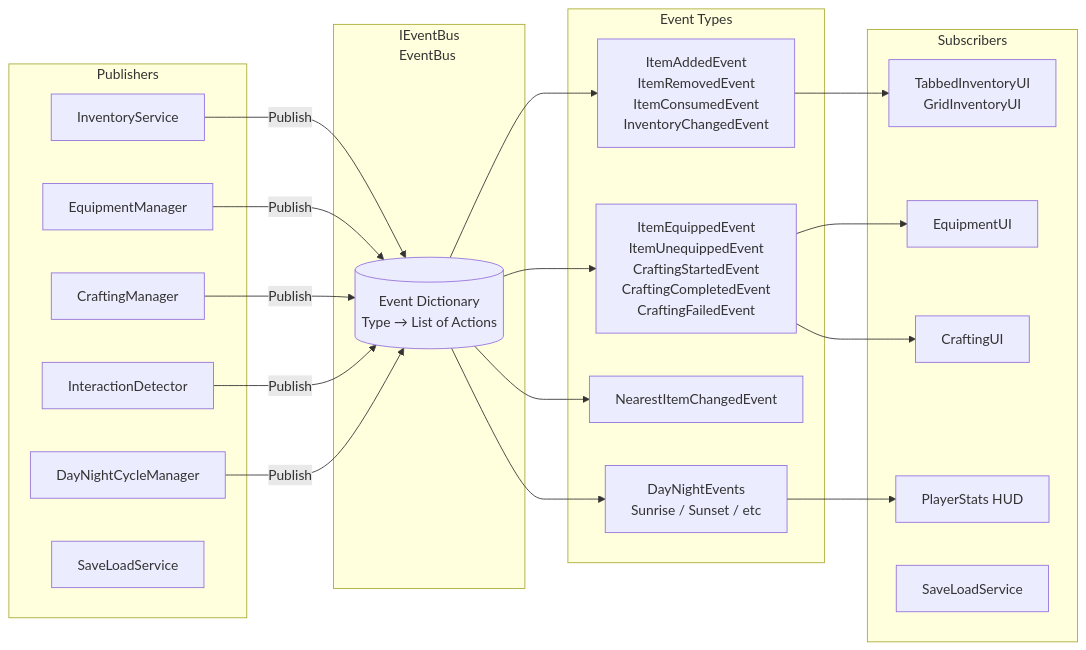
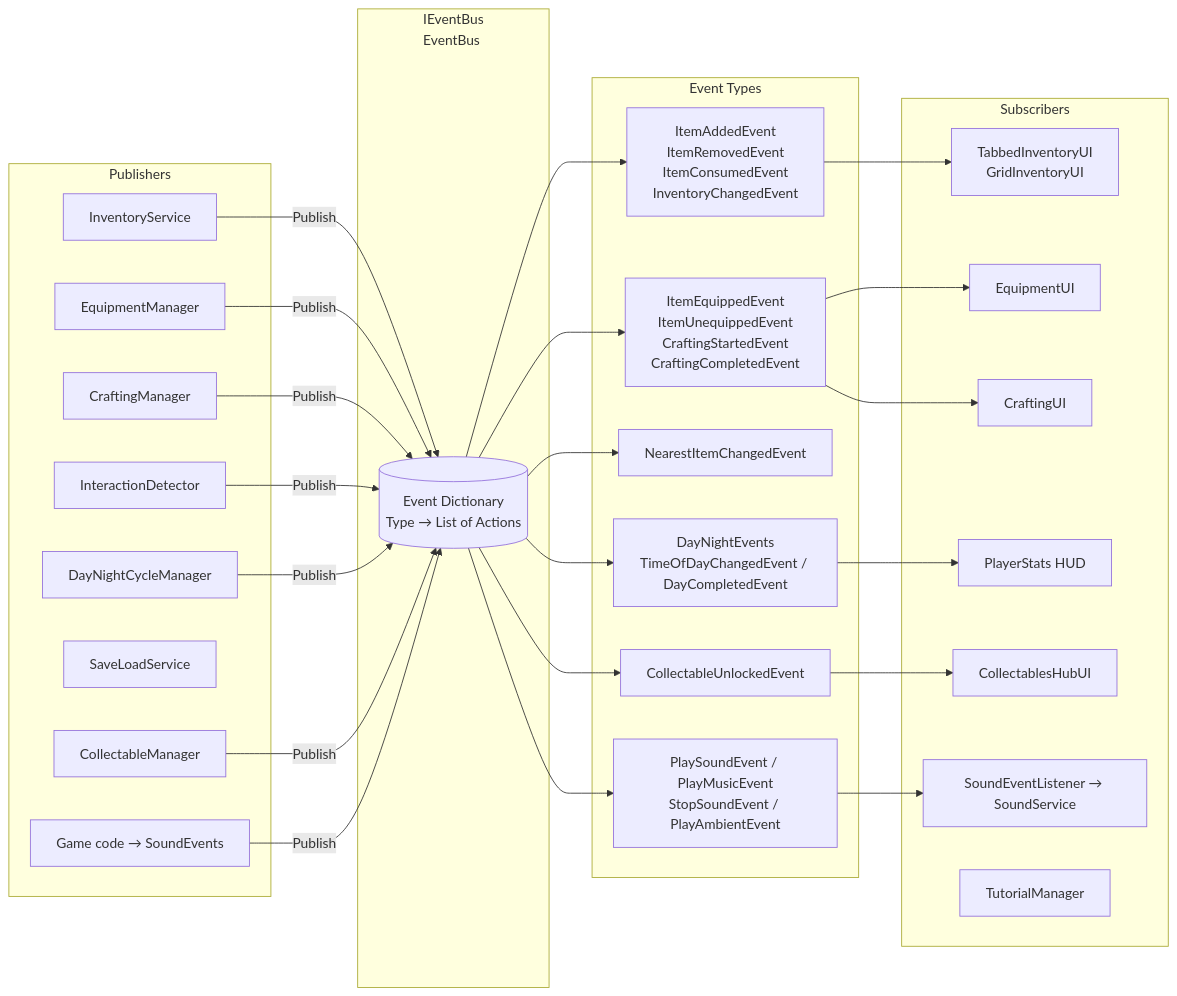
Before and after one commit to DontBeknown/so-PEAK: diagram 14 of 20 in CODEBASE_MERMAID_DIAGRAMS.md, drawn with Mermaid. The commit also changed other lines of this file and 22 other files, not shown here.

````diff
--- a/CODEBASE_MERMAID_DIAGRAMS.md
+++ b/CODEBASE_MERMAID_DIAGRAMS.md
@@ -742,46 +754,58 @@
 ```mermaid
 graph LR
     subgraph Publishers["Publishers"]
         InvSvc[InventoryService]
         EquipMgr[EquipmentManager]
         CraftMgr[CraftingManager]
         Detector[InteractionDetector]
         DayNight[DayNightCycleManager]
         SaveSvc[SaveLoadService]
+        CollectMgr[CollectableManager]
+        SoundEvts[Game code → SoundEvents]
     end
 
     subgraph EventBus["IEventBus\nEventBus"]
         Bus[(Event Dictionary\nType → List of Actions)]
     end
 
     subgraph Events["Event Types"]
         IE[ItemAddedEvent\nItemRemovedEvent\nItemConsumedEvent\nInventoryChangedEvent]
-        GE[ItemEquippedEvent\nItemUnequippedEvent\nCraftingStartedEvent\nCraftingCompletedEvent\nCraftingFailedEvent]
+        GE[ItemEquippedEvent\nItemUnequippedEvent\nCraftingStartedEvent\nCraftingCompletedEvent]
         DE[NearestItemChangedEvent]
-        DNE[DayNightEvents\nSunrise / Sunset / etc]
+        DNE[DayNightEvents\nTimeOfDayChangedEvent / DayCompletedEvent]
+        CE[CollectableUnlockedEvent]
+        SE[PlaySoundEvent / PlayMusicEvent\nStopSoundEvent / PlayAmbientEvent]
     end
 
     subgraph Subscribers["Subscribers"]
         InvUI[TabbedInventoryUI\nGridInventoryUI]
         EquipUI[EquipmentUI]
         CraftUI[CraftingUI]
         StatsUI[PlayerStats HUD]
-        SaveSystem[SaveLoadService]
+        CollectUI[CollectablesHubUI]
+        SoundListener[SoundEventListener → SoundService]
+        TutMgr[TutorialManager]
     end
 
     InvSvc -->|Publish| Bus
     EquipMgr -->|Publish| Bus
     CraftMgr -->|Publish| Bus
     Detector -->|Publish| Bus
     DayNight -->|Publish| Bus
+    CollectMgr -->|Publish| Bus
+    SoundEvts -->|Publish| Bus
 
     Bus --> IE
     Bus --> GE
     Bus --> DE
     Bus --> DNE
+    Bus --> CE
+    Bus --> SE
 
     IE --> InvUI
     GE --> EquipUI
     GE --> CraftUI
     DNE --> StatsUI
+    CE --> CollectUI
+    SE --> SoundListener
 ```
````
